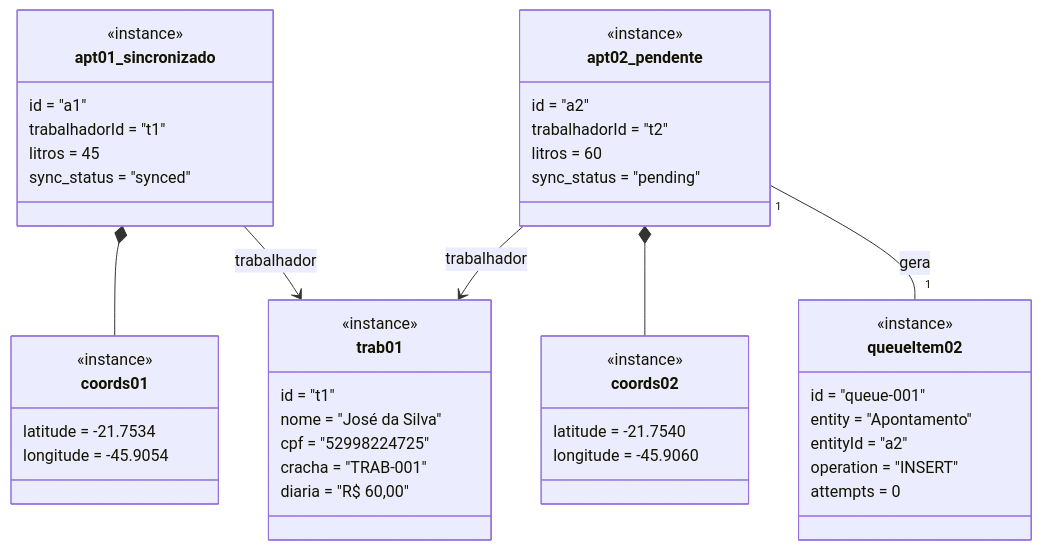
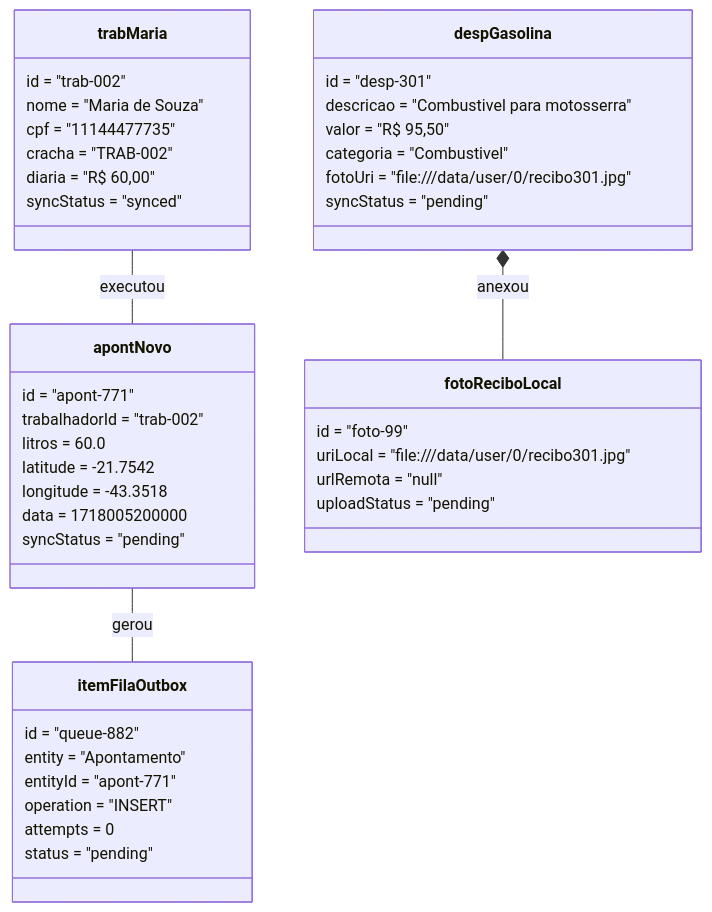
One commit to JoaoPedroScalioni/MOBILEEE changed the fifth of 11 diagrams in docs/documento-software-mobile.md. Above: the diagram before and after it, drawn with Mermaid. The commit also changed other lines of this file and 3 other files, not shown here.

````diff
--- a/docs/documento-software-mobile.md
+++ b/docs/documento-software-mobile.md
@@ -540,49 +586,50 @@
 ```mermaid
 classDiagram
-    class trab01 {
-        <<instance>>
-        id = "t1"
-        nome = "José da Silva"
-        cpf = "52998224725"
-        cracha = "TRAB-001"
+    class trabMaria {
+        id = "trab-002"
+        nome = "Maria de Souza"
+        cpf = "11144477735"
+        cracha = "TRAB-002"
         diaria = "R$ 60,00"
+        syncStatus = "synced"
     }
-    class apt01_sincronizado {
-        <<instance>>
-        id = "a1"
-        trabalhadorId = "t1"
-        litros = 45
-        sync_status = "synced"
+
+    class apontNovo {
+        id = "apont-771"
+        trabalhadorId = "trab-002"
+        litros = 60.0
+        latitude = -21.7542
+        longitude = -43.3518
+        data = 1718005200000
+        syncStatus = "pending"
     }
-    class coords01 {
-        <<instance>>
-        latitude = -21.7534
-        longitude = -45.9054
+
+    class despGasolina {
+        id = "desp-301"
+        descricao = "Combustivel para motosserra"
+        valor = "R$ 95,50"
+        categoria = "Combustivel"
+        fotoUri = "file:///data/user/0/recibo301.jpg"
+        syncStatus = "pending"
     }
-    class apt02_pendente {
-        <<instance>>
-        id = "a2"
-        trabalhadorId = "t2"
-        litros = 60
-        sync_status = "pending"
+
+    class fotoReciboLocal {
+        id = "foto-99"
+        uriLocal = "file:///data/user/0/recibo301.jpg"
+        urlRemota = "null"
+        uploadStatus = "pending"
     }
-    class coords02 {
-        <<instance>>
-        latitude = -21.7540
-        longitude = -45.9060
-    }
-    class queueItem02 {
-        <<instance>>
-        id = "queue-001"
+
+    class itemFilaOutbox {
+        id = "queue-882"
         entity = "Apontamento"
-        entityId = "a2"
+        entityId = "apont-771"
         operation = "INSERT"
         attempts = 0
+        status = "pending"
     }
 
-    apt01_sincronizado *-- coords01
-    apt02_pendente *-- coords02
-    apt01_sincronizado --> trab01 : trabalhador
-    apt02_pendente --> trab01 : trabalhador
-    apt02_pendente "1" -- "1" queueItem02 : gera
+    trabMaria -- apontNovo : executou
+    apontNovo -- itemFilaOutbox : gerou
+    despGasolina *-- fotoReciboLocal : anexou
 ```
````
